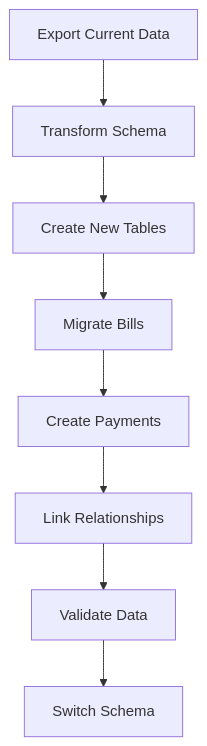
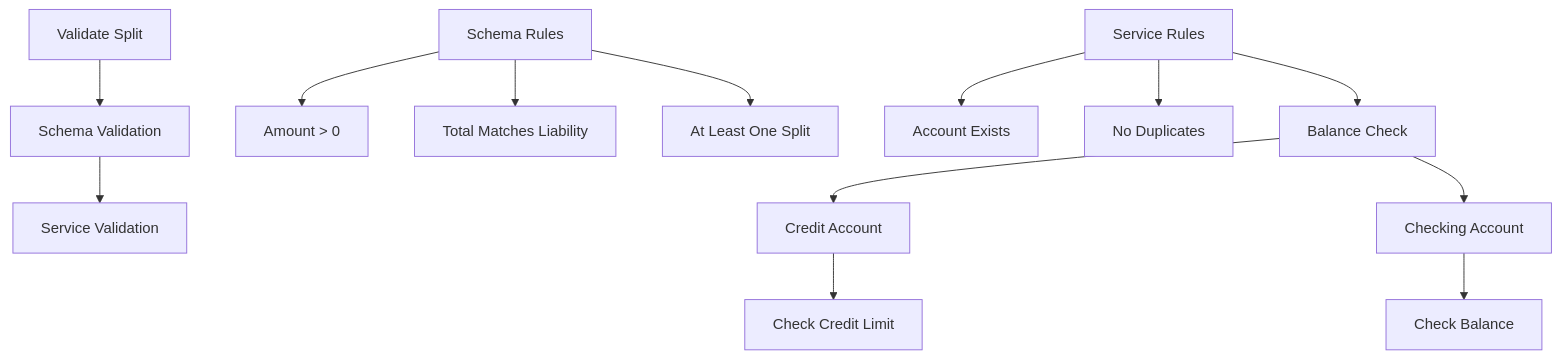
One commit to AstroMined/debtonator changed the diagram in docs/system_patterns.md. Above: the diagram before and after it, drawn with Mermaid. The commit also changed other lines of this file and 7 other files, not shown here.

````diff
--- a/docs/system_patterns.md
+++ b/docs/system_patterns.md
@@ -250,10 +6,19 @@
 ```mermaid
 graph TD
-    A[Export Current Data] --> B[Transform Schema]
-    B --> C[Create New Tables]
-    C --> D[Migrate Bills]
-    D --> E[Create Payments]
-    E --> F[Link Relationships]
-    F --> G[Validate Data]
-    G --> H[Switch Schema]
+    A[Validate Split] --> B[Schema Validation]
+    B --> C[Service Validation]
+    
+    B1[Schema Rules] --> B2[Amount > 0]
+    B1 --> B3[Total Matches Liability]
+    B1 --> B4[At Least One Split]
+    
+    C1[Service Rules] --> C2[Account Exists]
+    C1 --> C3[No Duplicates]
+    C1 --> C4[Balance Check]
+    
+    C4 --> C5[Credit Account]
+    C4 --> C6[Checking Account]
+    
+    C5 --> C7[Check Credit Limit]
+    C6 --> C8[Check Balance]
 ```
````
